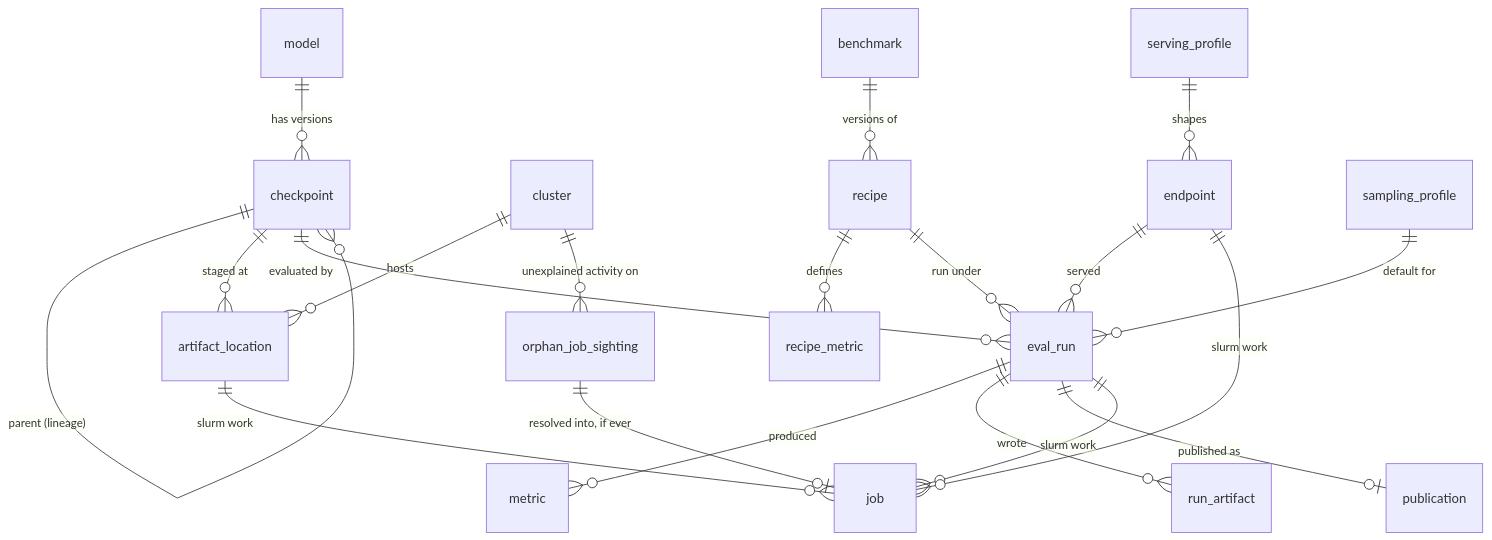
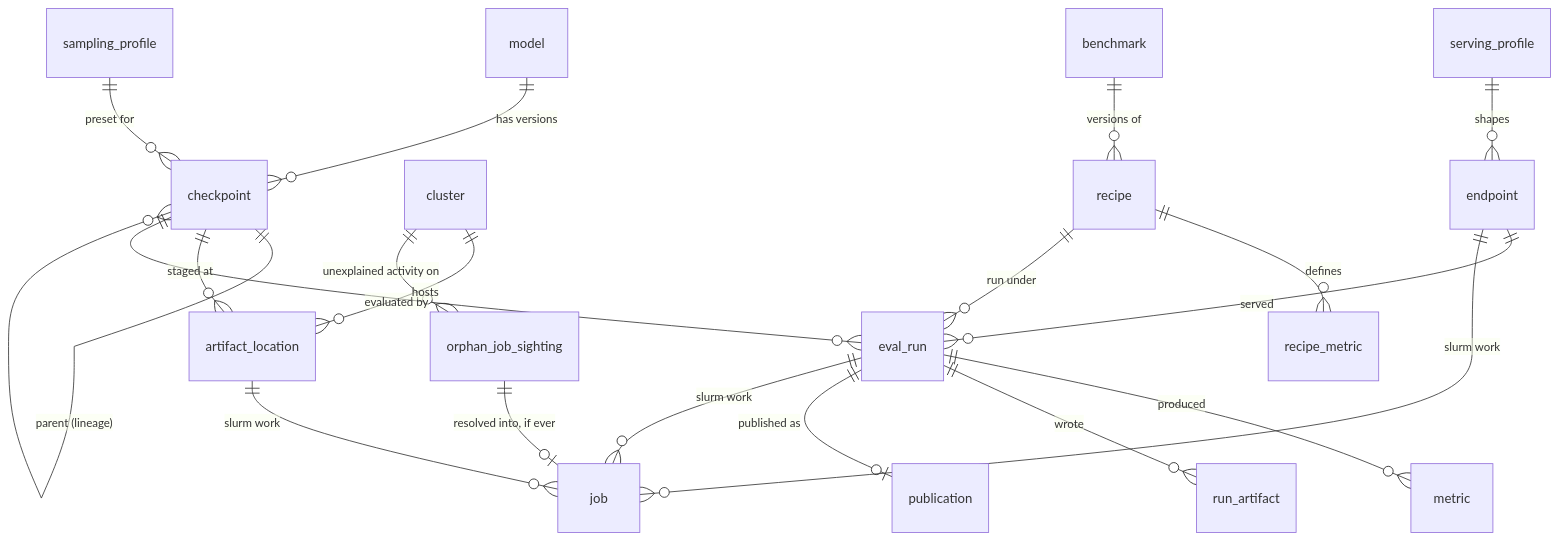
Before and after one commit to Joshi004/evaluation-service: the first of 2 diagrams in docs/DATA_MODEL.md, drawn with Mermaid. The commit also changed other lines of this file, not shown here.

Commit message:
Update DATA_MODEL.md to clarify the definitions of derived data and enhance the schema with expanded explanations for `default_sampling` and `standard_profile_hash`, ensuring better understanding of their roles in the recipe structure.

````diff
--- a/docs/DATA_MODEL.md
+++ b/docs/DATA_MODEL.md
@@ -106,22 +106,22 @@
 ```mermaid
 erDiagram
     model      ||--o{ checkpoint : "has versions"
     checkpoint ||--o{ checkpoint : "parent (lineage)"
     checkpoint ||--o{ artifact_location : "staged at"
     checkpoint ||--o{ eval_run : "evaluated by"
     cluster    ||--o{ artifact_location : "hosts"
     benchmark  ||--o{ recipe : "versions of"
     recipe     ||--o{ recipe_metric : "defines"
     recipe     ||--o{ eval_run : "run under"
     eval_run   ||--o{ metric : "produced"
     eval_run   ||--o{ run_artifact : "wrote"
     eval_run   ||--o| publication : "published as"
     endpoint   ||--o{ eval_run : "served"
     eval_run   ||--o{ job : "slurm work"
     endpoint   ||--o{ job : "slurm work"
     artifact_location ||--o{ job : "slurm work"
     serving_profile  ||--o{ endpoint : "shapes"
-    sampling_profile ||--o{ eval_run : "default for"
+    sampling_profile ||--o{ checkpoint : "preset for"
     cluster    ||--o{ orphan_job_sighting : "unexplained activity on"
     orphan_job_sighting ||--o| job : "resolved into, if ever"
 ```
````
